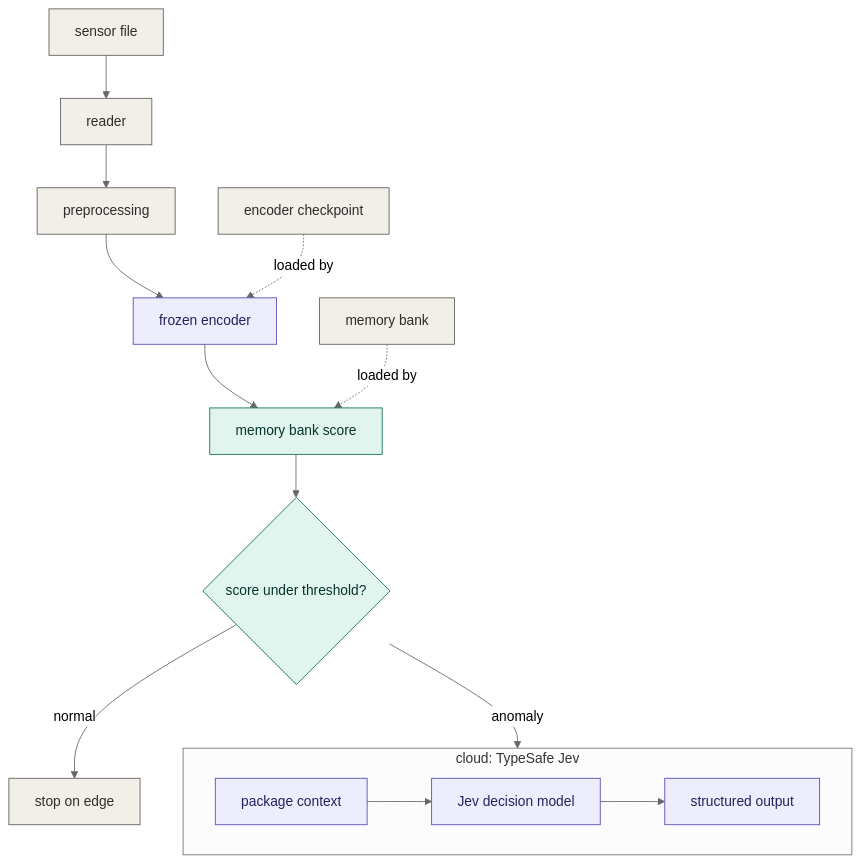
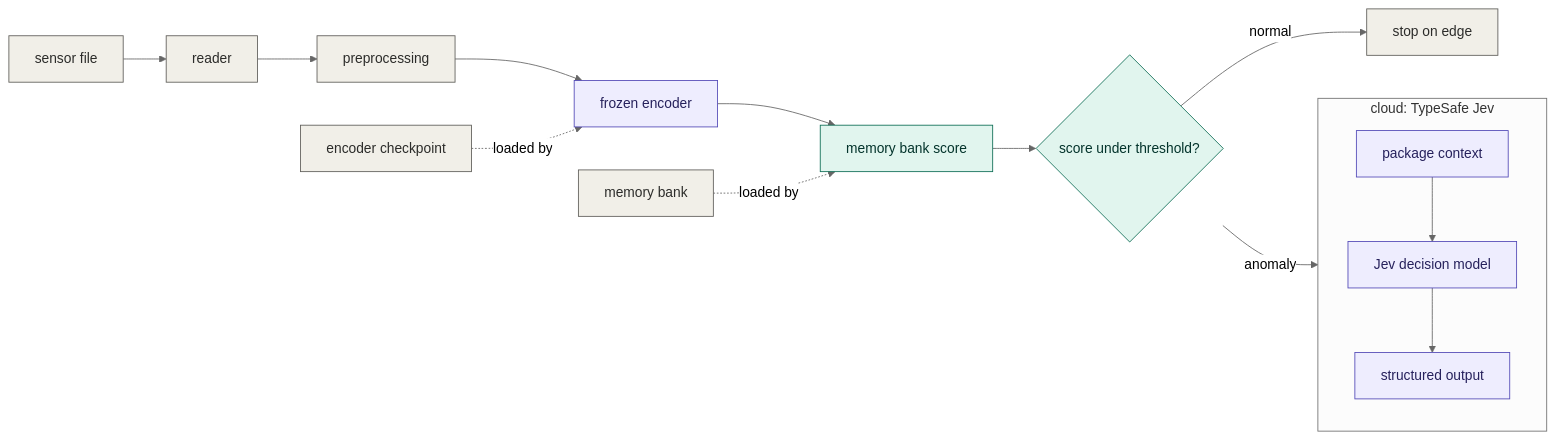
The second of 2 diagrams in README.md (deltaparticle/Granica-Submission), drawn with Mermaid (neutral theme) before and after one commit.

Commit message:
Make inference diagram flow horizontally (LR instead of TD)

````diff
--- a/README.md
+++ b/README.md
@@ -325,34 +325,34 @@
 ```mermaid
-flowchart TD
+flowchart LR
     FILE["sensor file"]
     READER["reader"]
     PREP["preprocessing"]
     ENC2["frozen encoder"]
     SCORE["memory bank score"]
     DECIDE{"score under threshold?"}
     STOP["stop on edge"]
 
     CKPT2["encoder checkpoint"]
     BANK2["memory bank"]
 
     subgraph CLOUD["cloud: TypeSafe Jev"]
-        direction LR
+        direction TB
         CTX["package context"]
         JEV["Jev decision model"]
         OUT["structured output"]
         CTX --> JEV --> OUT
     end
 
     FILE --> READER --> PREP --> ENC2 --> SCORE --> DECIDE
     DECIDE -->|normal| STOP
     DECIDE -->|anomaly| CTX
     CKPT2 -.->|loaded by| ENC2
     BANK2 -.->|loaded by| SCORE
 
     classDef data fill:#F1EFE8,stroke:#5F5E5A,color:#2C2C2A
     classDef model fill:#EEEDFE,stroke:#534AB7,color:#26215C
     classDef calib fill:#E1F5EE,stroke:#0F6E56,color:#04342C
     class FILE,READER,PREP,STOP,CKPT2,BANK2 data
     class ENC2,CTX,JEV,OUT model
     class SCORE,DECIDE calib
 ```
````
